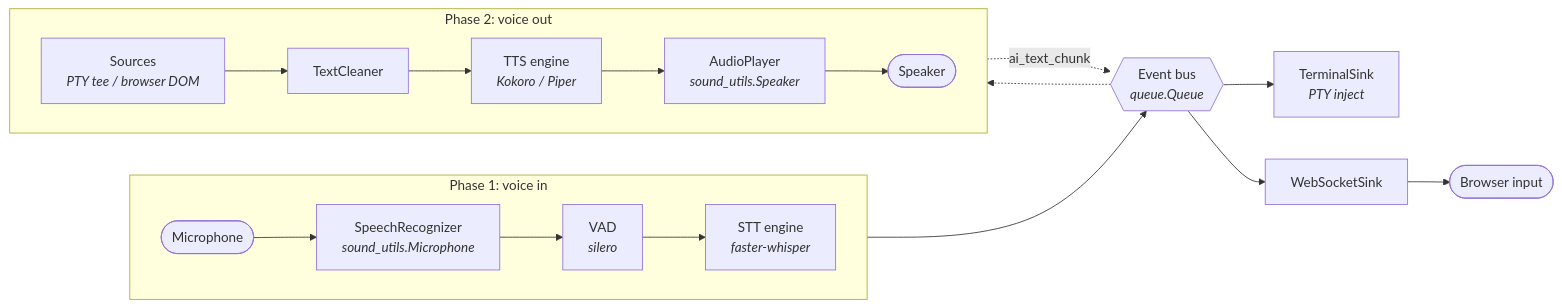
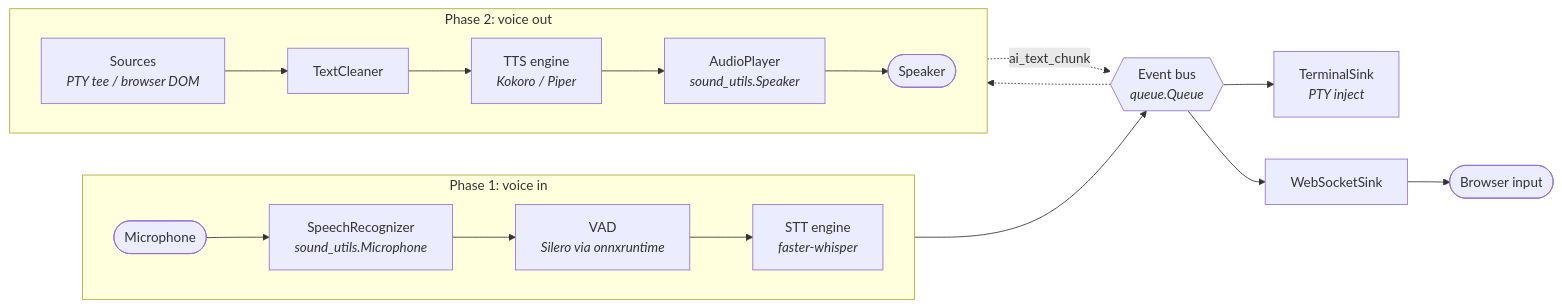
One commit to grigor-stoyanov/parlai changed the first of 2 diagrams in docs/architecture.md. Above: the diagram before and after it, drawn with Mermaid. The commit also changed other lines of this file and 9 other files, not shown here.

````diff
--- a/docs/architecture.md
+++ b/docs/architecture.md
@@ -3,24 +3,24 @@
 ```mermaid
 flowchart LR
     subgraph P1["Phase 1: voice in"]
         direction LR
         Mic([Microphone]) --> SR["SpeechRecognizer<br/><i>sound_utils.Microphone</i>"]
-        SR --> VAD["VAD<br/><i>silero</i>"]
+        SR --> VAD["VAD<br/><i>Silero via onnxruntime</i>"]
         VAD --> STT["STT engine<br/><i>faster-whisper</i>"]
     end
 
     STT --> Bus{{"Event bus<br/><i>queue.Queue</i>"}}
     Bus --> Term["TerminalSink<br/><i>PTY inject</i>"]
     Bus --> WS["WebSocketSink"] --> Browser([Browser input])
 
     subgraph P2["Phase 2: voice out"]
         direction LR
         Src["Sources<br/><i>PTY tee / browser DOM</i>"] --> Clean[TextCleaner]
         Clean --> TTS["TTS engine<br/><i>Kokoro / Piper</i>"]
         TTS --> Player["AudioPlayer<br/><i>sound_utils.Speaker</i>"]
         Player --> Spk([Speaker])
     end
 
     Src -.->|ai_text_chunk| Bus
     Bus -.-> Clean
 ```
````
